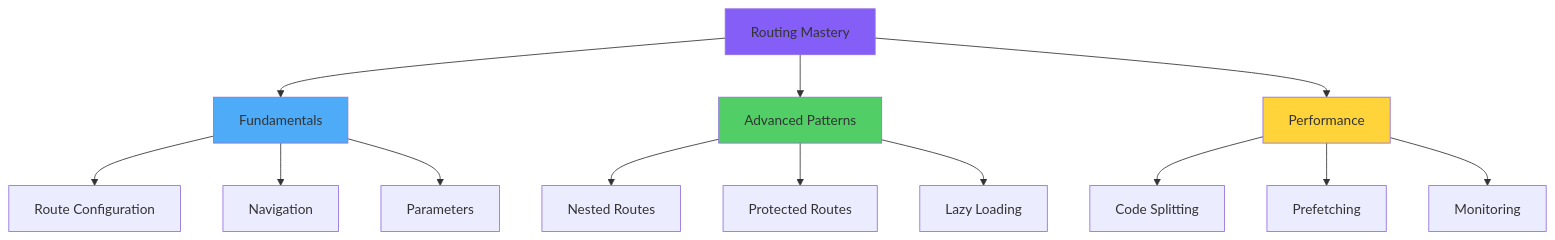
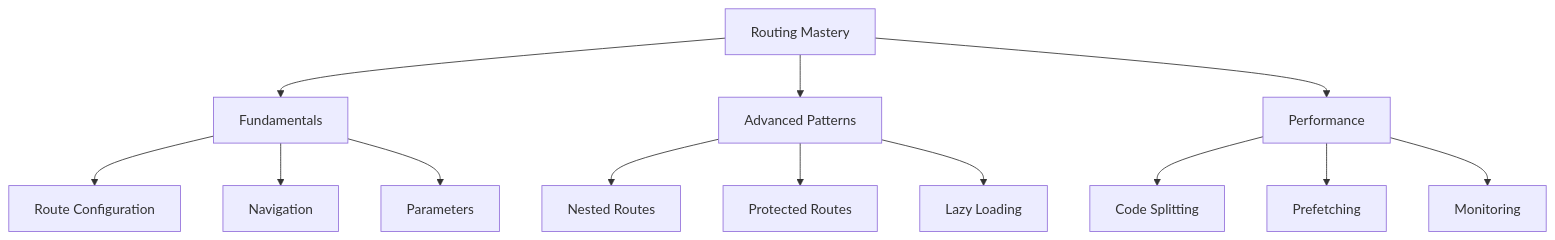
Before and after one commit to BabaScience/react-guides: the sixth of 6 diagrams in arguments/chapters/05-routing.md, drawn with Mermaid. The commit also changed other lines of this file and 29 other files, not shown here.

First line of the commit message:
Bring React FR/IT translations to full English parity + theme-safe diagrams

````diff
--- a/arguments/chapters/05-routing.md
+++ b/arguments/chapters/05-routing.md
@@ -2289,23 +2275,19 @@
 ```mermaid
 graph TD
     A[Routing Mastery] --> B[Fundamentals]
     A --> C[Advanced Patterns]
     A --> D[Performance]
     
     B --> B1[Route Configuration]
     B --> B2[Navigation]
     B --> B3[Parameters]
     
     C --> C1[Nested Routes]
     C --> C2[Protected Routes]
     C --> C3[Lazy Loading]
     
     D --> D1[Code Splitting]
     D --> D2[Prefetching]
     D --> D3[Monitoring]
     
-    style A fill:#845ef7
-    style B fill:#4dabf7
-    style C fill:#51cf66
-    style D fill:#ffd43b
 ```
````
